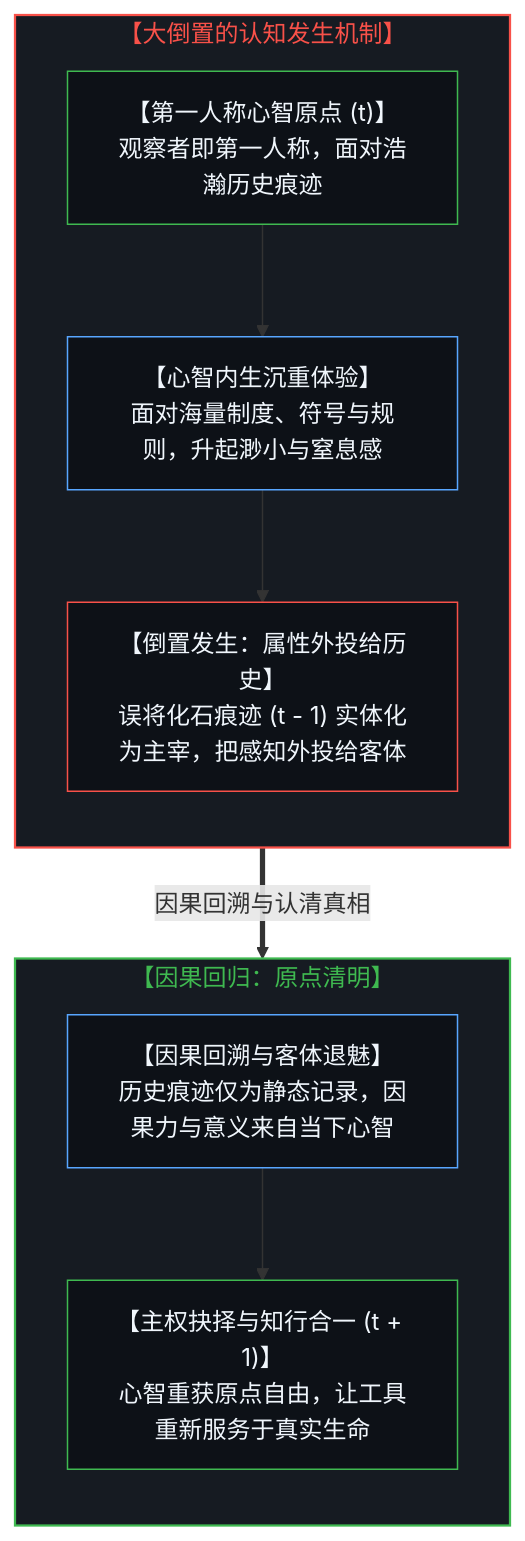
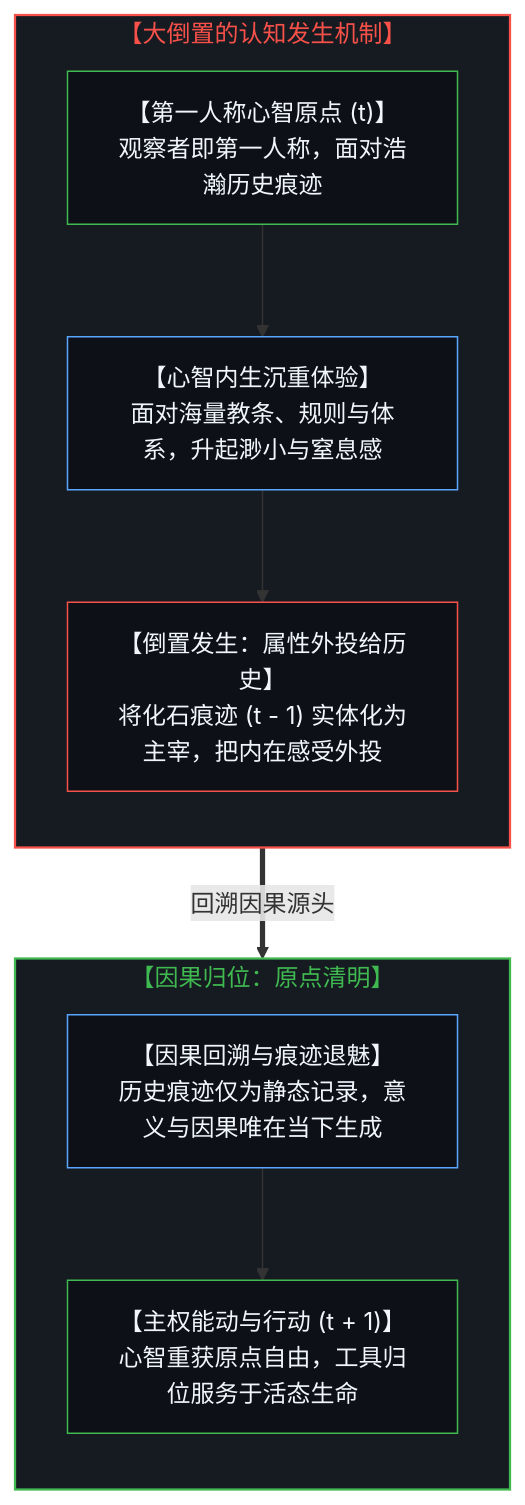
Before and after one commit to powerpig99/not-a-toe: the first of 16 diagrams in content/posts/the-dissolution-of-the-great-reversal.md, drawn with Mermaid. The commit also changed other lines of this file and 3 other files, not shown here.

````diff
--- a/content/posts/the-dissolution-of-the-great-reversal.md
+++ b/content/posts/the-dissolution-of-the-great-reversal.md
@@ -33,28 +33,25 @@
 ```mermaid
 flowchart TD
     subgraph S_Reversal["【大倒置的认知发生机制】"]
         direction TB
         ConsciousOrigin["【第一人称心智原点 (t)】<br/>观察者即第一人称，面对浩瀚历史痕迹"]
-        InternalHeaviness["【心智内生沉重体验】<br/>面对海量制度、符号与规则，升起渺小与窒息感"]
-        ProjectionInversion["【倒置发生：属性外投给历史】<br/>误将化石痕迹 (t - 1) 实体化为主宰，把感知外投给客体"]
+        InternalHeaviness["【心智内生沉重体验】<br/>面对海量教条、规则与体系，升起渺小与窒息感"]
+        ProjectionInversion["【倒置发生：属性外投给历史】<br/>将化石痕迹 (t - 1) 实体化为主宰，把内在感受外投"]
         ConsciousOrigin --> InternalHeaviness
         InternalHeaviness --> ProjectionInversion
     end
-
-    S_Reversal ==>|"因果回溯与认清真相"| S_Clarity
-
-    subgraph S_Clarity["【因果回归：原点清明】"]
+    S_Reversal ==>|"回溯因果源头"| S_Clarity
+    subgraph S_Clarity["【因果归位：原点清明】"]
         direction TB
-        TraceDemystification["【因果回溯与客体退魅】<br/>历史痕迹仅为静态记录，因果力与意义来自当下心智"]
-        SovereignAgency["【主权抉择与知行合一 (t + 1)】<br/>心智重获原点自由，让工具重新服务于真实生命"]
+        TraceDemystification["【因果回溯与痕迹退魅】<br/>历史痕迹仅为静态记录，意义与因果唯在当下生成"]
+        SovereignAgency["【主权能动与行动 (t + 1)】<br/>心智重获原点自由，工具归位服务于活态生命"]
         TraceDemystification --> SovereignAgency
     end
-
     style S_Reversal fill:#161b22,stroke:#f85149,stroke-width:1.5px,color:#f85149
     style S_Clarity fill:#161b22,stroke:#3fb950,stroke-width:1.5px,color:#3fb950
     style ConsciousOrigin fill:#0d1117,stroke:#3fb950,stroke-width:1px,color:#f0f6fc
     style InternalHeaviness fill:#0d1117,stroke:#58a6ff,stroke-width:1px,color:#f0f6fc
     style ProjectionInversion fill:#0d1117,stroke:#f85149,stroke-width:1px,color:#f0f6fc
     style TraceDemystification fill:#0d1117,stroke:#58a6ff,stroke-width:1px,color:#f0f6fc
     style SovereignAgency fill:#0d1117,stroke:#3fb950,stroke-width:1px,color:#f0f6fc
 ```
````
